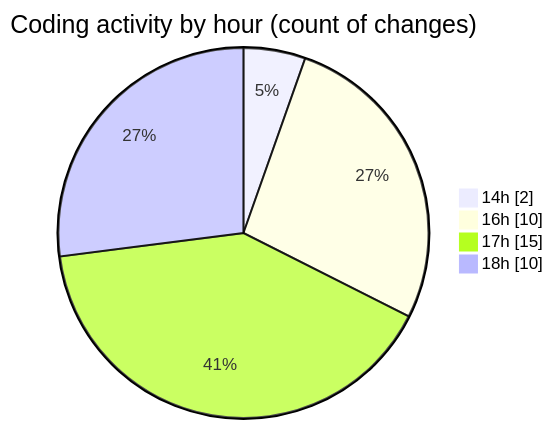
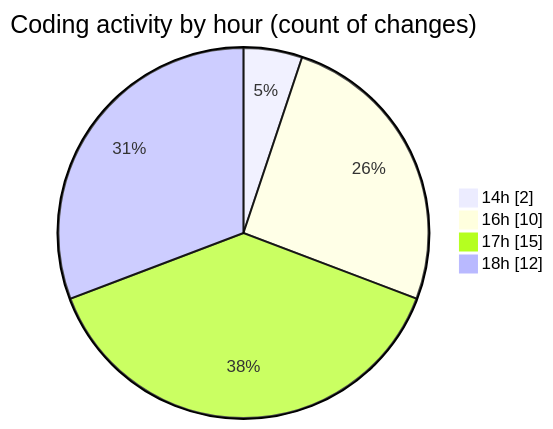
One commit to Ritupan-Deka/code-tracking changed the second of 2 diagrams in 2025-06-18/scopesketch-app/README.md. Above: the diagram before and after it, drawn with Mermaid. The commit also changed other lines of this file and 1 other file, not shown here.

````diff
--- a/2025-06-18/scopesketch-app/README.md
+++ b/2025-06-18/scopesketch-app/README.md
@@ -41,8 +41,8 @@
 ```mermaid
 pie showData
 title Coding activity by hour (count of changes)
 "14h" : 2
 "16h" : 10
 "17h" : 15
-"18h" : 10
+"18h" : 12
 ```
````
